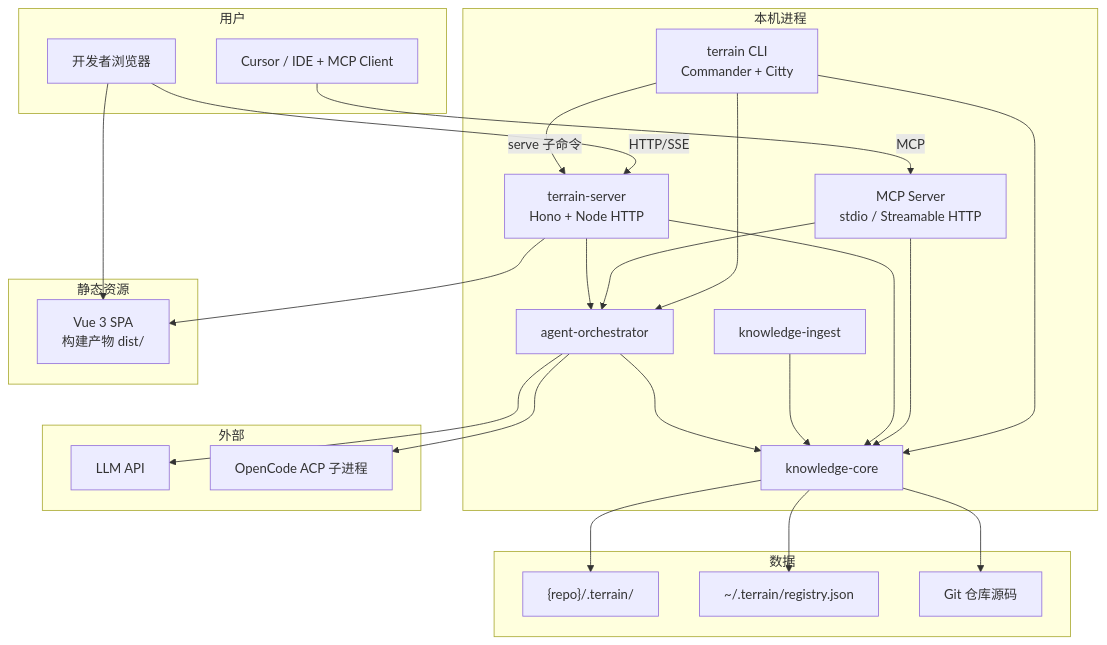
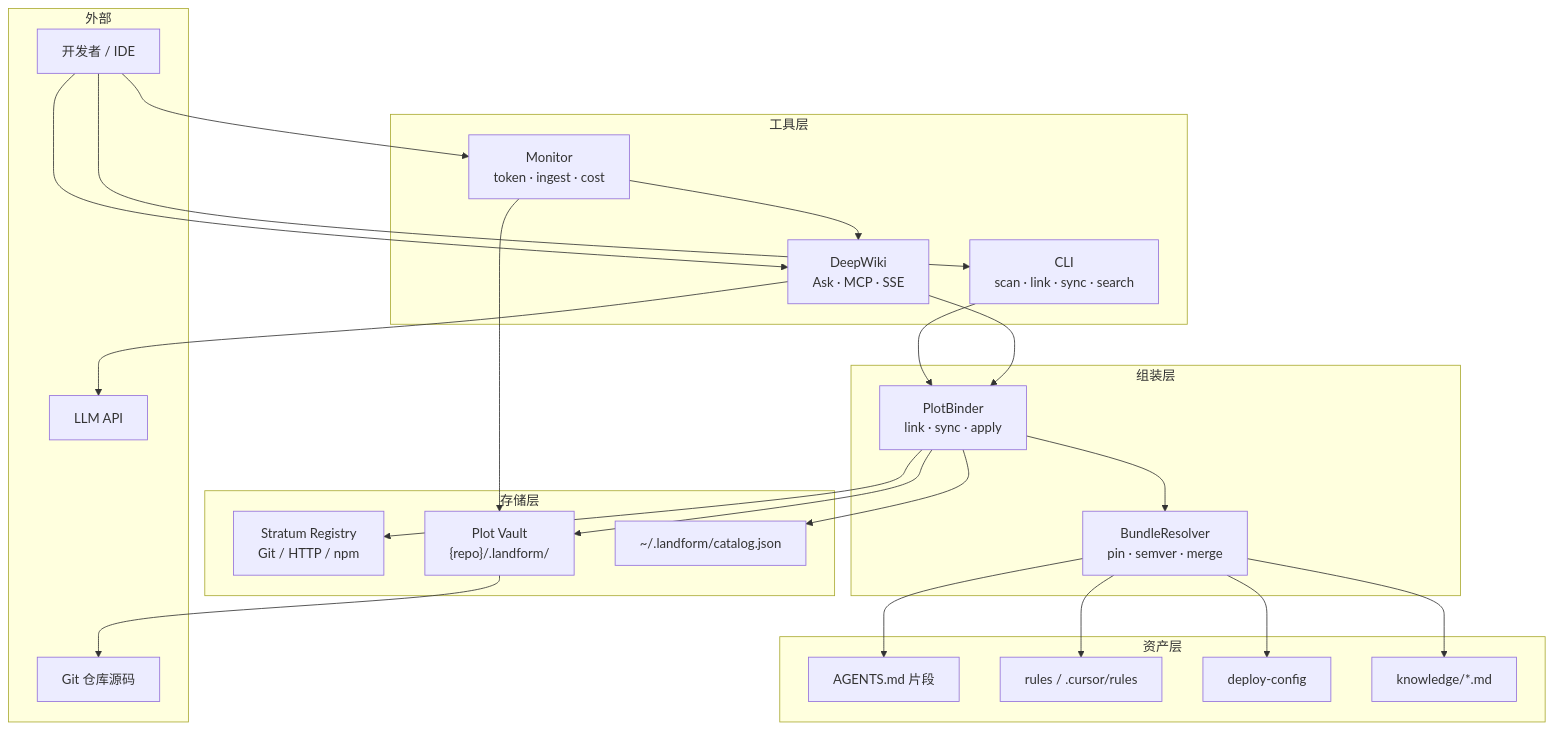
The first of 4 diagrams in docs/team-platform-technical-design.md (sopaco/terrain), drawn with Mermaid before and after one commit. The commit also changed other lines of this file and 12 other files, not shown here.

````diff
--- a/docs/team-platform-technical-design.md
+++ b/docs/team-platform-technical-design.md
@@ -93,50 +108,50 @@
 ```mermaid
 graph TB
-    subgraph 用户
-        Dev[开发者浏览器]
-        IDE[Cursor / IDE + MCP Client]
+    subgraph 工具层
+        CLI[CLI<br/>scan · link · sync · search]
+        DW[DeepWiki<br/>Ask · MCP · SSE]
+        MON[Monitor<br/>token · ingest · cost]
     end
 
-    subgraph 本机进程
-        CLI[terrain CLI<br/>Commander + Citty]
-        SRV[terrain-server<br/>Hono + Node HTTP]
-        MCP[MCP Server<br/>stdio / Streamable HTTP]
-        CORE[knowledge-core]
-        INGEST[knowledge-ingest]
-        AGENT[agent-orchestrator]
+    subgraph 组装层
+        LINK[PlotBinder<br/>link · sync · apply]
+        RESOLVE[BundleResolver<br/>pin · semver · merge]
     end
 
-    subgraph 静态资源
-        UI[Vue 3 SPA<br/>构建产物 dist/]
+    subgraph 资产层
+        AGENTS[AGENTS.md 片段]
+        RULES[rules / .cursor/rules]
+        DEPLOY[deploy-config]
+        KNOW[knowledge/*.md]
     end
 
-    subgraph 数据
-        TERRAIN["{repo}/.terrain/"]
-        REG["~/.terrain/registry.json"]
+    subgraph 存储层
+        REGISTRY[Stratum Registry<br/>Git / HTTP / npm]
+        VAULT["Plot Vault<br/>{repo}/.landform/"]
+        CATALOG["~/.landform/catalog.json"]
+    end
+
+    subgraph 外部
+        DEV[开发者 / IDE]
+        LLM[LLM API]
         REPO[Git 仓库源码]
     end
 
-    subgraph 外部
-        LLM[LLM API]
-        ACP[OpenCode ACP 子进程]
-    end
-
-    Dev -->|HTTP/SSE| SRV
-    Dev --> UI
-    SRV --> UI
-    CLI -->|serve 子命令| SRV
-    CLI --> CORE
-    CLI --> AGENT
-    IDE -->|MCP| MCP
-    MCP --> CORE
-    MCP --> AGENT
-    SRV --> CORE
-    SRV --> AGENT
-    CORE --> TERRAIN
-    CORE --> REG
-    CORE --> REPO
-    INGEST --> CORE
-    AGENT --> CORE
-    AGENT --> LLM
-    AGENT --> ACP
+    DEV --> CLI
+    DEV --> DW
+    DEV --> MON
+    CLI --> LINK
+    DW --> LINK
+    MON --> VAULT
+    MON --> DW
+    LINK --> RESOLVE
+    RESOLVE --> AGENTS
+    RESOLVE --> RULES
+    RESOLVE --> DEPLOY
+    RESOLVE --> KNOW
+    LINK --> REGISTRY
+    LINK --> VAULT
+    LINK --> CATALOG
+    DW --> LLM
+    VAULT --> REPO
 ```
````
